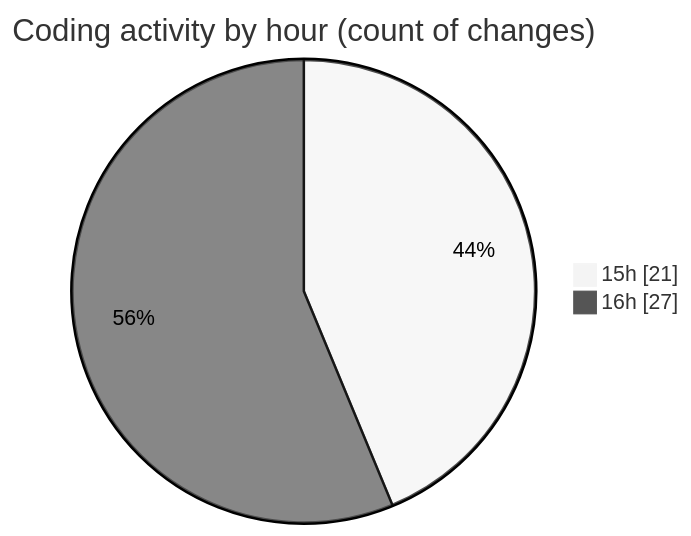
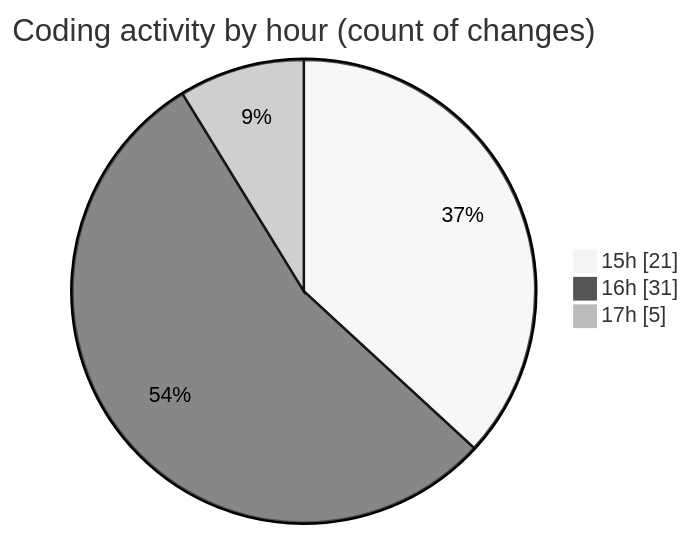
One commit to NitaiMahat/code-tracking changed the second of 2 diagrams in 2025-01-26/results-summary-component-main/README.md. Above: the diagram before and after it, drawn with Mermaid (neutral theme). The commit also changed other lines of this file and 1 other file, not shown here.

````diff
--- a/2025-01-26/results-summary-component-main/README.md
+++ b/2025-01-26/results-summary-component-main/README.md
@@ -30,6 +30,7 @@
 ```mermaid
 pie showData
 title Coding activity by hour (count of changes)
 "15h" : 21
-"16h" : 27
+"16h" : 31
+"17h" : 5
 ```
````
